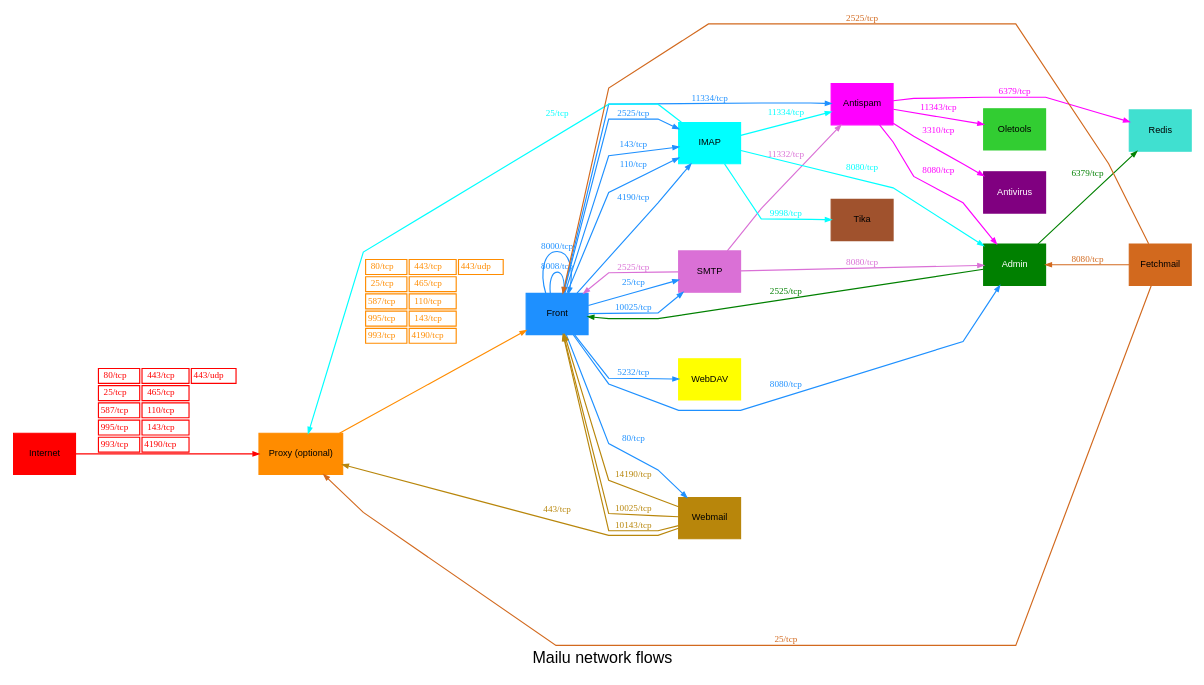
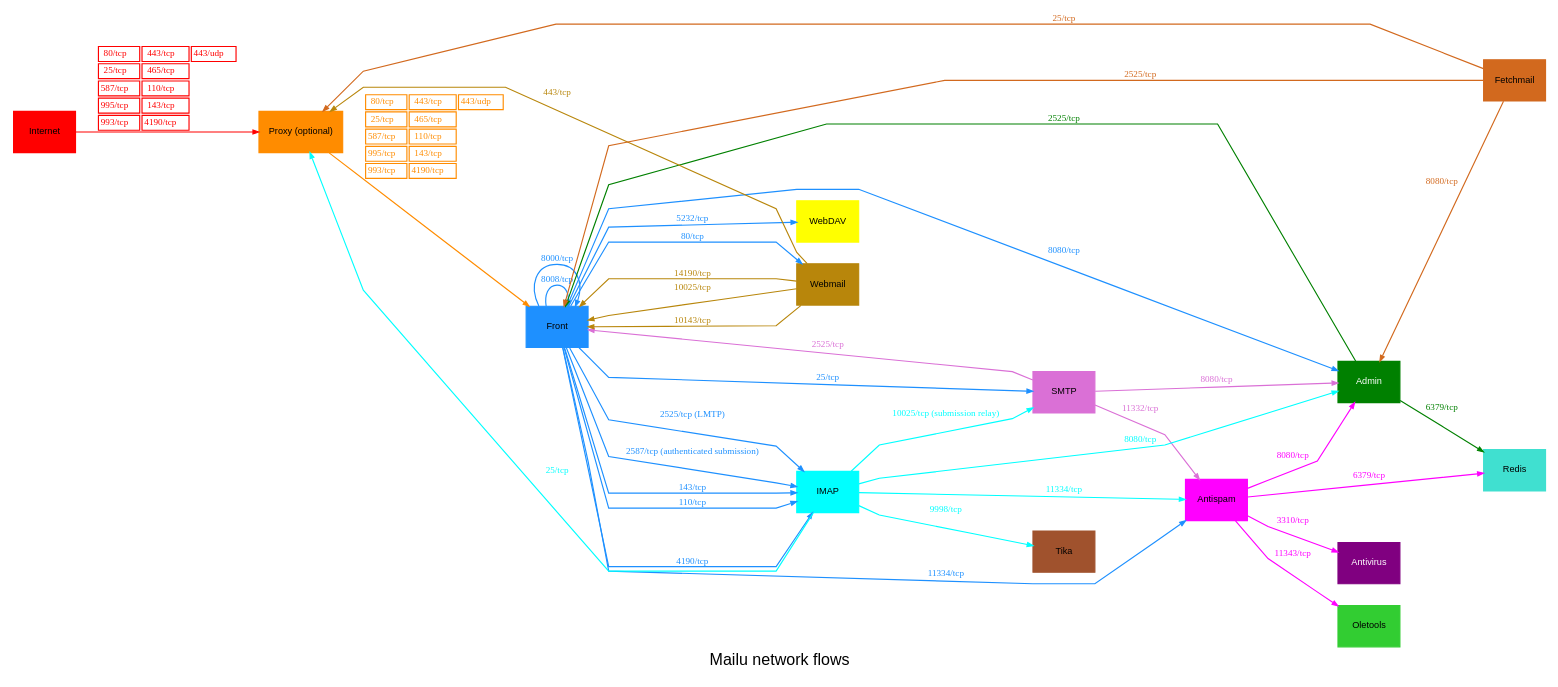
One commit to Mailu/Mailu changed the diagram in docs/mailu-network-diagram.dot. Above: the diagram before and after it, drawn with Graphviz. The commit also changed 1 other file, not shown here.

Commit message:
Document BURL submission network flow

```diff
--- a/docs/mailu-network-diagram.dot
+++ b/docs/mailu-network-diagram.dot
@@ -1,140 +1,141 @@
 digraph mailu {
     label = "Mailu network flows";
     fontname = "arial";
     
     node [shape = record; fontname = "arial"; fontsize = 8; style = filled; color = "#d3edea";];
     splines = "compound";
     // node [shape = "box"; fontsize = "10";];
     edge [fontsize = 8; arrowsize = 0.5;];
     
     # Components
     internet [label = "Internet"; color = "red";];
     proxy [label = "Proxy (optional)"; color = "darkorange";];
     front [label="Front"; color="dodgerblue";];
     admin [label="Admin"; color="green"; fontcolor="white";];
     smtp [label="SMTP"; color="orchid";];
     redis [label="Redis"; color="turquoise";];
     antispam [label="Antispam"; color="magenta";];
     antivirus [label="Antivirus"; color="purple"; fontcolor="white";];
     imap [label="IMAP"; color="cyan";];
     webdav [label="WebDAV"; color="yellow";];
     webmail [label="Webmail"; color="darkgoldenrod";];
     fetchmail [label="Fetchmail"; color="chocolate";];
     oletools [label="Oletools"; color="limegreen";];
     fts_attachments [label="Tika"; color="sienna";];
 
     rankdir=LR;
     {rank=min; internet};
     // {rank=3; proxy};
     // {rank=4; front};
     // {rank=same; admin smtp redis antispam antivirus imap};
     {rank=max; fetchmail};
 
     # Proxy from internet
 
     internet -> proxy [
         color="red";
         fontcolor="red";
         label = <
         <TABLE BORDER="0" CELLBORDER="1" CELLPADDING="1">
             <TR>
                 <TD>80/tcp</TD>
                 <TD>443/tcp</TD>
                 <TD>443/udp</TD>
             </TR>
             <TR>
                 <TD>25/tcp</TD>
                 <TD>465/tcp</TD>
             </TR>
             <TR>
                 <TD>587/tcp</TD>
                 <TD>110/tcp</TD>
             </TR>
             <TR>
                 <TD>995/tcp</TD>
                 <TD>143/tcp</TD>
             </TR>
             <TR>
                 <TD>993/tcp</TD>
                 <TD>4190/tcp</TD>
             </TR>
         </TABLE>
         >;
     ];
 
     # Front from proxy
     proxy -> front [
         color="darkorange";
         fontcolor="darkorange";
         label = <
         <TABLE BORDER="0" CELLBORDER="1" CELLPADDING="1">
             <TR>
                 <TD>80/tcp</TD>
                 <TD>443/tcp</TD>
                 <TD>443/udp</TD>
             </TR>
             <TR>
                 <TD>25/tcp</TD>
                 <TD>465/tcp</TD>
             </TR>
             <TR>
                 <TD>587/tcp</TD>
                 <TD>110/tcp</TD>
             </TR>
             <TR>
                 <TD>995/tcp</TD>
                 <TD>143/tcp</TD>
             </TR>
             <TR>
                 <TD>993/tcp</TD>
                 <TD>4190/tcp</TD>
             </TR>
         </TABLE>
         >;
     ];
     
     front -> front [label = "8008/tcp"; color="dodgerblue"; fontcolor="dodgerblue";];
     front -> front [label = "8000/tcp"; color="dodgerblue"; fontcolor="dodgerblue";];
     front -> admin [label = "8080/tcp"; color="dodgerblue"; fontcolor="dodgerblue";];
     front -> imap [label = "4190/tcp"; color="dodgerblue"; fontcolor="dodgerblue";];
-    front -> imap [label = "2525/tcp"; color="dodgerblue"; fontcolor="dodgerblue";];
+    front -> imap [label = "2525/tcp (LMTP)"; color="dodgerblue"; fontcolor="dodgerblue";];
+    front -> imap [label = "2587/tcp (authenticated submission)"; color="dodgerblue"; fontcolor="dodgerblue";];
     front -> imap [label = "143/tcp"; color="dodgerblue"; fontcolor="dodgerblue";];
     front -> imap [label = "110/tcp"; color="dodgerblue"; fontcolor="dodgerblue";];
     front -> smtp [label = "25/tcp"; color="dodgerblue"; fontcolor="dodgerblue";];
-    front -> smtp [label = "10025/tcp"; color="dodgerblue"; fontcolor="dodgerblue";];
     front -> webmail [label = "80/tcp"; color="dodgerblue"; fontcolor="dodgerblue";];
     front -> antispam [label = "11334/tcp"; color="dodgerblue"; fontcolor="dodgerblue";];
     front -> webdav [label = "5232/tcp"; color="dodgerblue"; fontcolor="dodgerblue";];
     
     smtp -> admin [label = "8080/tcp"; color="orchid"; fontcolor="orchid";];
     smtp -> front [label = "2525/tcp"; color="orchid"; fontcolor="orchid";];
     smtp -> antispam [label = "11332/tcp"; color="orchid"; fontcolor="orchid";];
     
     imap -> admin [label = "8080/tcp"; color="cyan"; fontcolor="cyan";];
     imap -> antispam [label = "11334/tcp"; color="cyan"; fontcolor="cyan";];
     imap -> proxy [label = "25/tcp"; color="cyan"; fontcolor="cyan";];
+    imap -> smtp [label = "10025/tcp (submission relay)"; color="cyan"; fontcolor="cyan";];
     imap -> fts_attachments [label = "9998/tcp"; color="cyan"; fontcolor="cyan";];
     
     webmail -> front [label = "14190/tcp"; color="darkgoldenrod"; fontcolor="darkgoldenrod";];
     webmail -> front [label = "10025/tcp"; color="darkgoldenrod"; fontcolor="darkgoldenrod";];
     webmail -> front [label = "10143/tcp"; color="darkgoldenrod"; fontcolor="darkgoldenrod";];
     # carddav
     webmail -> proxy [label = "443/tcp"; color="darkgoldenrod"; fontcolor="darkgoldenrod";];
     
     admin -> redis [label = "6379/tcp"; color="green"; fontcolor="green";];
     admin -> front [label = "2525/tcp"; color="green"; fontcolor="green";];
     
     antispam -> redis [label = "6379/tcp"; color="magenta"; fontcolor="magenta";];
     antispam -> admin [label = "8080/tcp"; color="magenta"; fontcolor="magenta";];
     antispam -> oletools [label = "11343/tcp"; color="magenta"; fontcolor="magenta";];
     antispam -> antivirus [label = "3310/tcp"; color="magenta"; fontcolor="magenta";];
     
     fetchmail -> admin [label = "8080/tcp"; color="chocolate"; fontcolor="chocolate";];
     fetchmail -> proxy [label = "25/tcp"; color="chocolate"; fontcolor="chocolate";];
     fetchmail -> front [label = "2525/tcp"; color="chocolate"; fontcolor="chocolate";];
     #
     # those don't need internet:
     # oletools
     # fts_attachments
     # redis
 }
```
